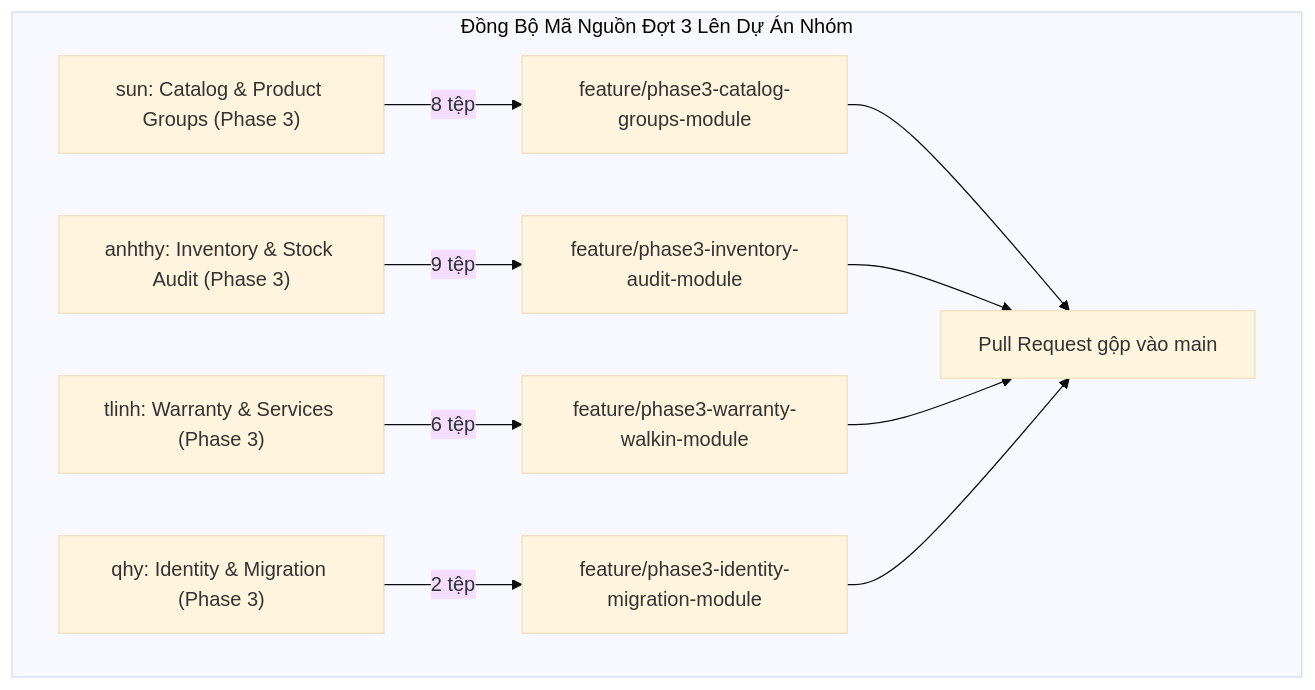
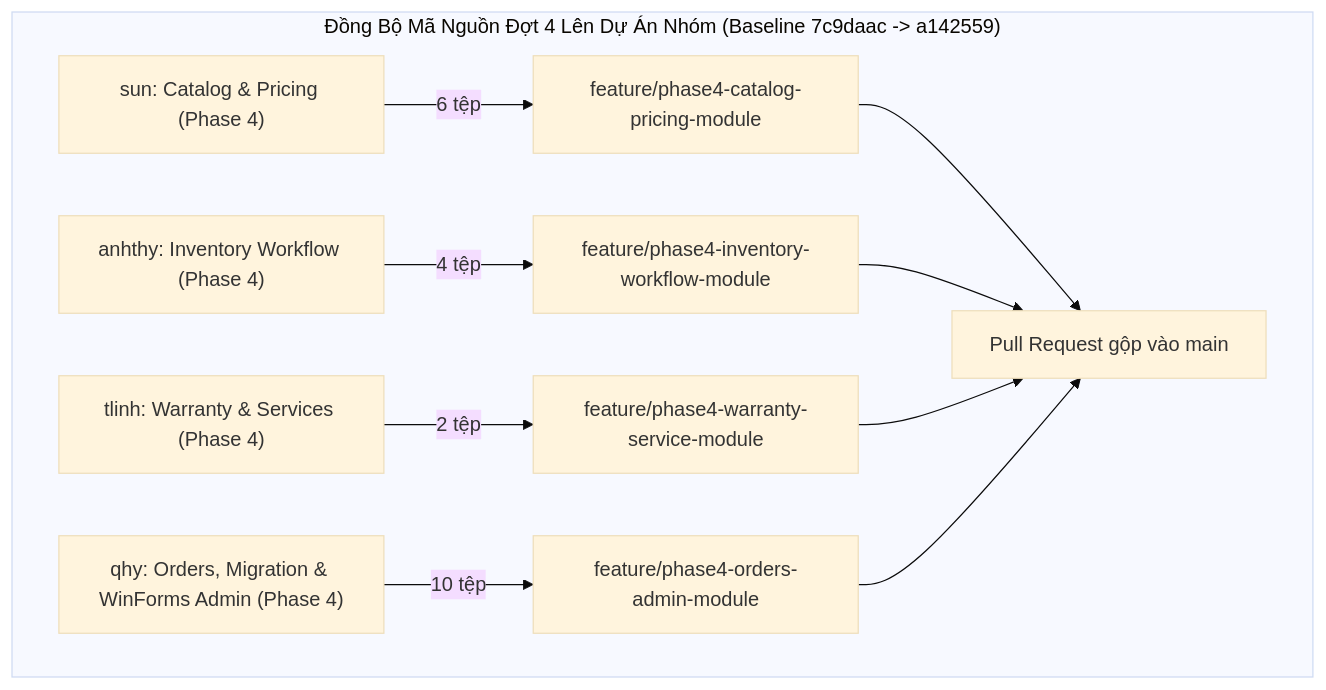
The diagram in scheduleCommit.md (sunsun0209s/Blink_Blink_Jewelry_Personal), drawn with Mermaid (base theme) before and after one commit. The commit also changed other lines of this file, not shown here.

Commit message:
docs(schedule): cap nhat ke hoach commit dot 4 cho 4 thanh vien va phan cong winforms admin cho qhy

````diff
--- a/scheduleCommit.md
+++ b/scheduleCommit.md
@@ -107,13 +116,13 @@
 ```mermaid
 flowchart TD
-    subgraph Phase3Run["Đồng Bộ Mã Nguồn Đợt 3 Lên Dự Án Nhóm"]
-        A["sun: Catalog & Product Groups (Phase 3)"] -->|8 tệp| A_branch["feature/phase3-catalog-groups-module"]
-        B["anhthy: Inventory & Stock Audit (Phase 3)"] -->|9 tệp| B_branch["feature/phase3-inventory-audit-module"]
-        C["tlinh: Warranty & Services (Phase 3)"] -->|6 tệp| C_branch["feature/phase3-warranty-walkin-module"]
-        D["qhy: Identity & Migration (Phase 3)"] -->|2 tệp| D_branch["feature/phase3-identity-migration-module"]
+    subgraph Phase4Run["Đồng Bộ Mã Nguồn Đợt 4 Lên Dự Án Nhóm (Baseline 7c9daac -> a142559)"]
+        A["sun: Catalog & Pricing (Phase 4)"] -->|6 tệp| A_branch["feature/phase4-catalog-pricing-module"]
+        B["anhthy: Inventory Workflow (Phase 4)"] -->|4 tệp| B_branch["feature/phase4-inventory-workflow-module"]
+        C["tlinh: Warranty & Services (Phase 4)"] -->|2 tệp| C_branch["feature/phase4-warranty-service-module"]
+        D["qhy: Orders, Migration & WinForms Admin (Phase 4)"] -->|10 tệp| D_branch["feature/phase4-orders-admin-module"]
         A_branch --> PR["Pull Request gộp vào main"]
         B_branch --> PR
         C_branch --> PR
         D_branch --> PR
     end
 ```
````
